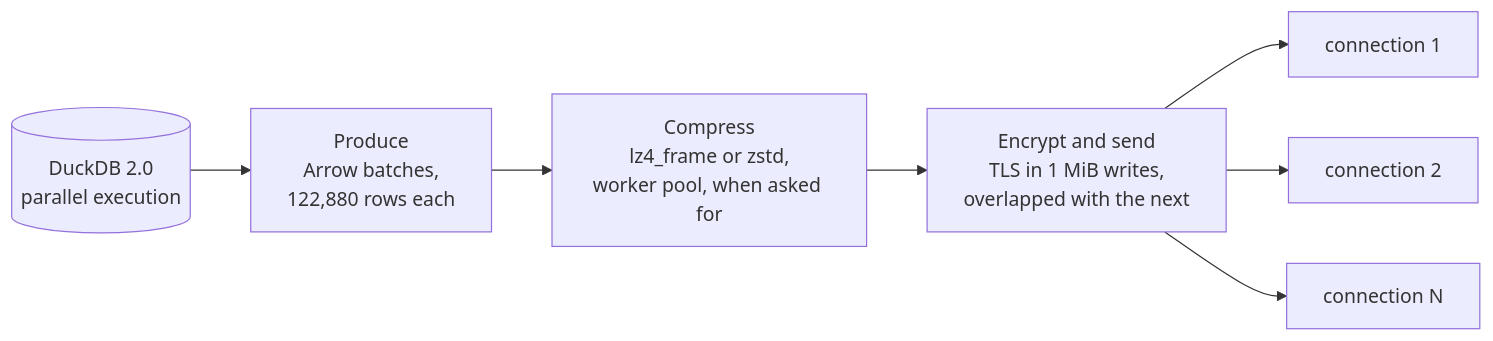
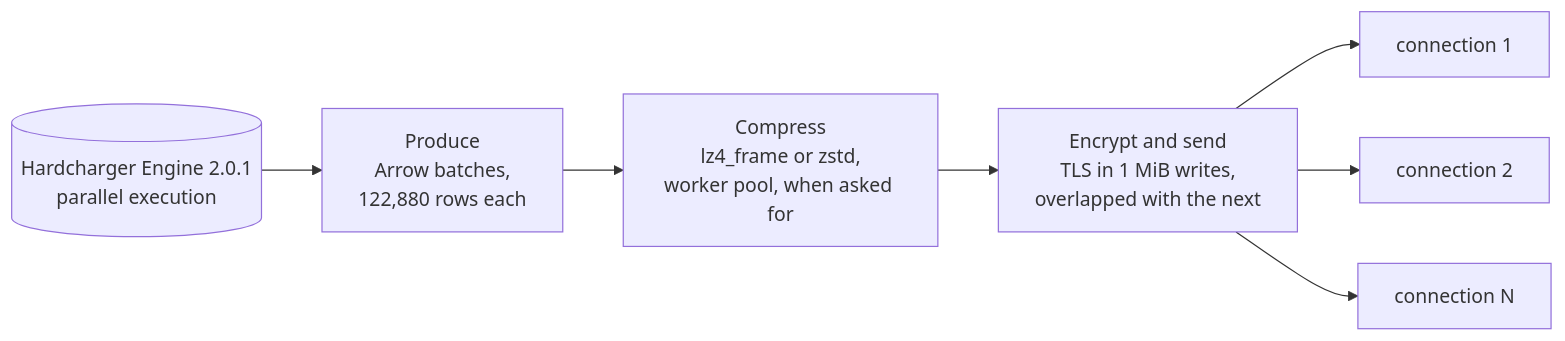
One commit to gizmodata/hardcharger changed the first of 2 diagrams in README.md. Above: the diagram before and after it, drawn with Mermaid. The commit also changed other lines of this file, not shown here.

First line of the commit message:
README: Hardcharger runs on Hardcharger Engine, GizmoData's fork of DuckDB

````diff
--- a/README.md
+++ b/README.md
@@ -267,9 +275,9 @@
 ```mermaid
 flowchart LR
-  D[(DuckDB 2.0<br/>parallel execution)] --> P[Produce<br/>Arrow batches,<br/>122,880 rows each]
+  D[(Hardcharger Engine 2.0.1<br/>parallel execution)] --> P[Produce<br/>Arrow batches,<br/>122,880 rows each]
   P --> Z[Compress<br/>lz4_frame or zstd,<br/>worker pool, when asked for]
   Z --> T[Encrypt and send<br/>TLS in 1 MiB writes,<br/>overlapped with the next]
   T --> C1[connection 1]
   T --> C2[connection 2]
   T --> CN[connection N]
 ```
````
